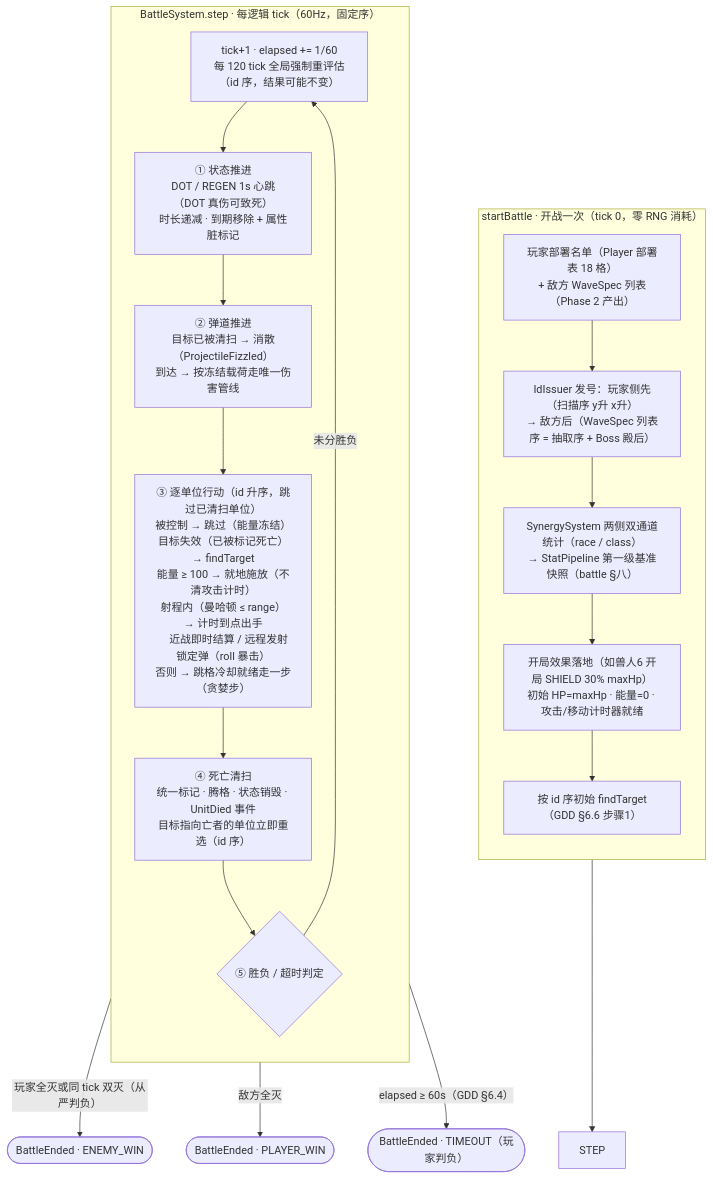
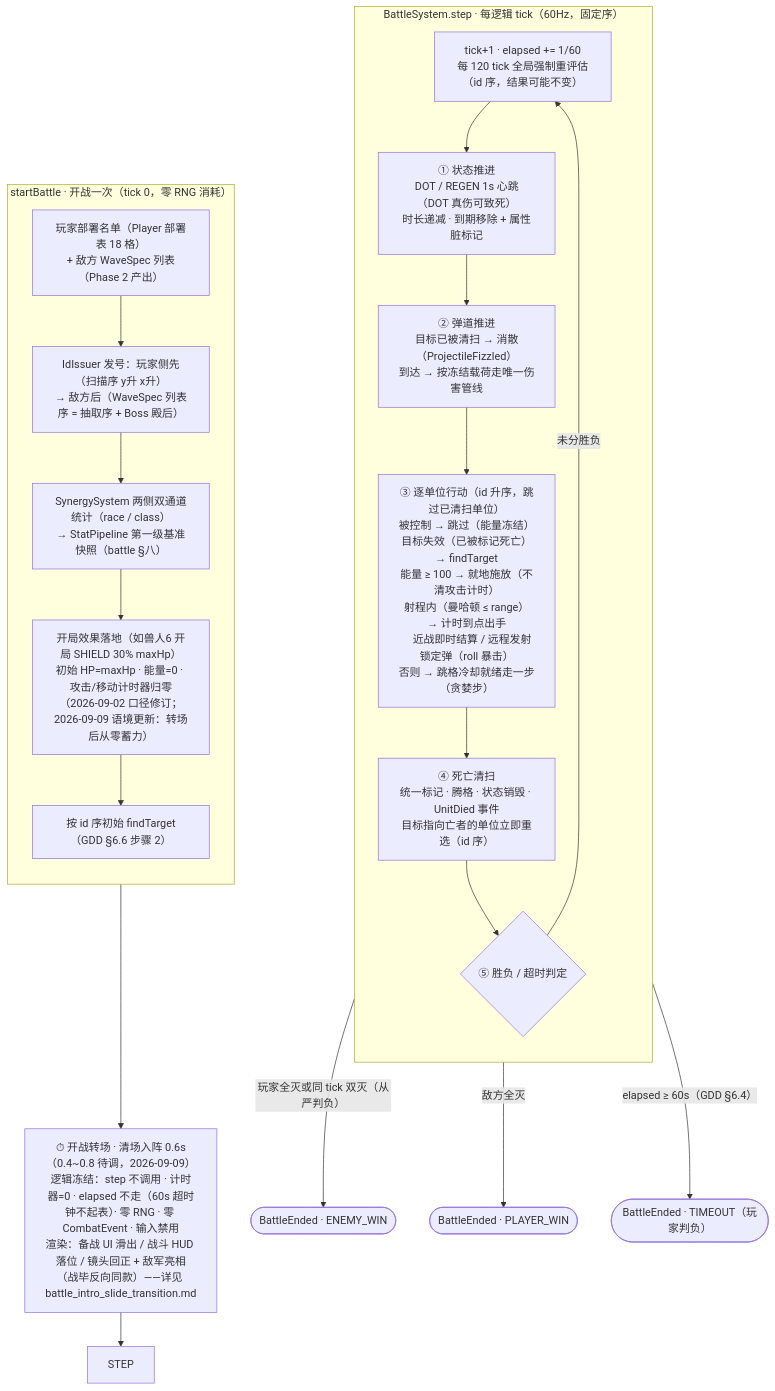
The diagram in docs/diagrams/battle_main_loop.md (voidvvv/ash_legion_auto_chess), drawn with Mermaid before and after one commit. The commit also changed other lines of this file and 15 other files, not shown here.

Commit message:
feat: 开战转场「清场入阵」——倒计时横幅退役，0.6s 清场滑切 + 战毕反向转场 + 镜头回正 + 转场期输入禁用（GDD V0.17 / battle V1.8 / render V1.6 文档全链）

````diff
--- a/docs/diagrams/battle_main_loop.md
+++ b/docs/diagrams/battle_main_loop.md
@@ -7,29 +7,33 @@
 ```mermaid
 flowchart TD
     subgraph INIT["startBattle · 开战一次（tick 0，零 RNG 消耗）"]
         direction TB
         I1["玩家部署名单（Player 部署表 18 格）<br/>+ 敌方 WaveSpec 列表（Phase 2 产出）"]
         I2["IdIssuer 发号：玩家侧先（扫描序 y升 x升）<br/>→ 敌方后（WaveSpec 列表序 = 抽取序 + Boss 殿后）"]
         I3["SynergySystem 两侧双通道统计（race / class）<br/>→ StatPipeline 第一级基准快照（battle §八）"]
-        I4["开局效果落地（如兽人6 开局 SHIELD 30% maxHp）<br/>初始 HP=maxHp · 能量=0 · 攻击/移动计时器就绪"]
-        I5["按 id 序初始 findTarget（GDD §6.6 步骤1）"]
+        I4["开局效果落地（如兽人6 开局 SHIELD 30% maxHp）<br/>初始 HP=maxHp · 能量=0 · 攻击/移动计时器归零（2026-09-02 口径修订；2026-09-09 语境更新：转场后从零蓄力）"]
+        I5["按 id 序初始 findTarget（GDD §6.6 步骤 2）"]
         I1 --> I2 --> I3 --> I4 --> I5
     end
-    INIT --> STEP
+    INIT --> INTRO
+
+    INTRO["⏱ 开战转场 · 清场入阵 0.6s（0.4~0.8 待调，2026-09-09）<br/>逻辑冻结：step 不调用 · 计时器=0 · elapsed 不走（60s 超时钟不起表）· 零 RNG · 零 CombatEvent · 输入禁用<br/>渲染：备战 UI 滑出 / 战斗 HUD 落位 / 镜头回正 + 敌军亮相（战毕反向同款）——详见 battle_intro_slide_transition.md"]
+
+    INTRO --> STEP
 
     subgraph LOOP["BattleSystem.step · 每逻辑 tick（60Hz，固定序）"]
         direction TB
         P0["tick+1 · elapsed += 1/60<br/>每 120 tick 全局强制重评估（id 序，结果可能不变）"]
         P1["① 状态推进<br/>DOT / REGEN 1s 心跳（DOT 真伤可致死）<br/>时长递减 · 到期移除 + 属性脏标记"]
         P2["② 弹道推进<br/>目标已被清扫 → 消散（ProjectileFizzled）<br/>到达 → 按冻结载荷走唯一伤害管线"]
         P3["③ 逐单位行动（id 升序，跳过已清扫单位）<br/>被控制 → 跳过（能量冻结）<br/>目标失效（已被标记死亡）→ findTarget<br/>能量 ≥ 100 → 就地施放（不清攻击计时）<br/>射程内（曼哈顿 ≤ range）→ 计时到点出手<br/>&nbsp;&nbsp;&nbsp;&nbsp;近战即时结算 / 远程发射锁定弹（roll 暴击）<br/>否则 → 跳格冷却就绪走一步（贪婪步）"]
         P4["④ 死亡清扫<br/>统一标记 · 腾格 · 状态销毁 · UnitDied 事件<br/>目标指向亡者的单位立即重选（id 序）"]
         P5{"⑤ 胜负 / 超时判定"}
         P0 --> P1 --> P2 --> P3 --> P4 --> P5
         P5 -->|"未分胜负"| P0
     end
 
     P5 -->|"玩家全灭或同 tick 双灭（从严判负）"| LOSE(["BattleEnded · ENEMY_WIN"])
     P5 -->|"敌方全灭"| WIN(["BattleEnded · PLAYER_WIN"])
     P5 -->|"elapsed ≥ 60s（GDD §6.4）"| TIMEOUT(["BattleEnded · TIMEOUT（玩家判负）"])
 ```
````
